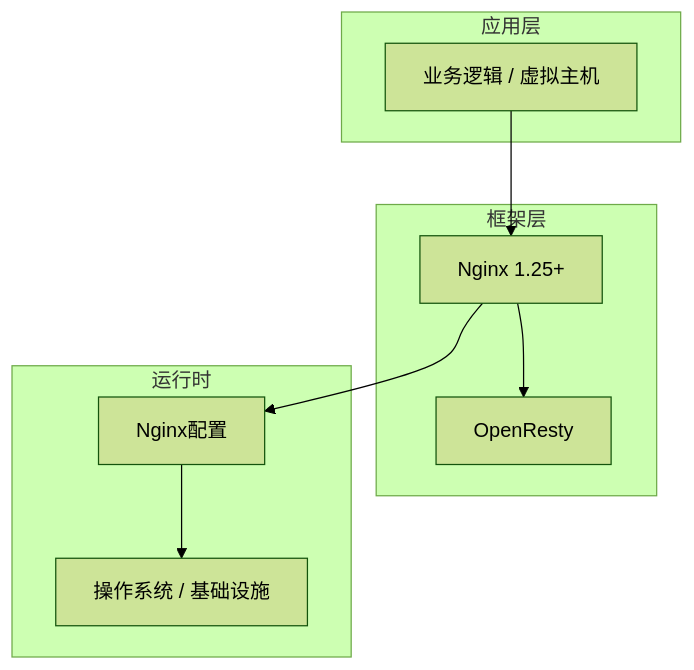
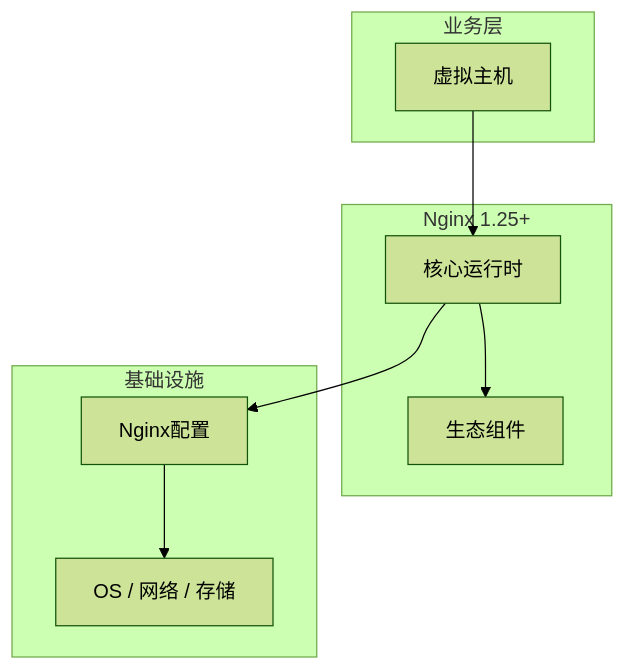
The diagram in articles/Nginx/chapters/019-虚拟主机核心概念与原理.md (yanggan2015/knowledge-json-v2), drawn with Mermaid (forest theme) before and after one commit. The commit also changed other lines of this file and 10127 other files, not shown here.

````diff
--- a/articles/Nginx/chapters/019-虚拟主机核心概念与原理.md
+++ b/articles/Nginx/chapters/019-虚拟主机核心概念与原理.md
@@ -45,18 +34,18 @@
 ```mermaid
 graph TB
-    subgraph 应用层
-        A[业务逻辑 / 虚拟主机]
+    subgraph 业务层
+        A[虚拟主机]
     end
-    subgraph 框架层
-        B[Nginx 1.25+]
-        C[OpenResty]
+    subgraph Nginx 1.25+
+        B[核心运行时]
+        C[生态组件]
     end
-    subgraph 运行时
+    subgraph 基础设施
         D[Nginx配置]
-        E[操作系统 / 基础设施]
+        E[OS / 网络 / 存储]
     end
     A --> B
     B --> C
     B --> D
     D --> E
 ```
````
